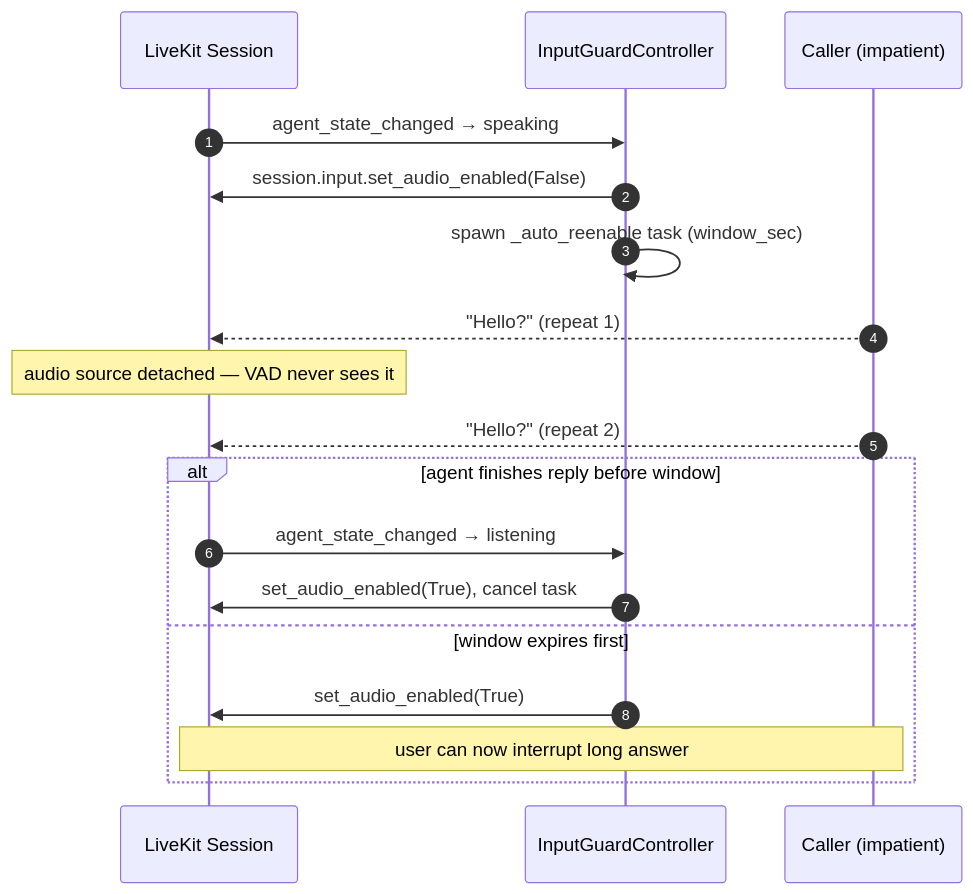
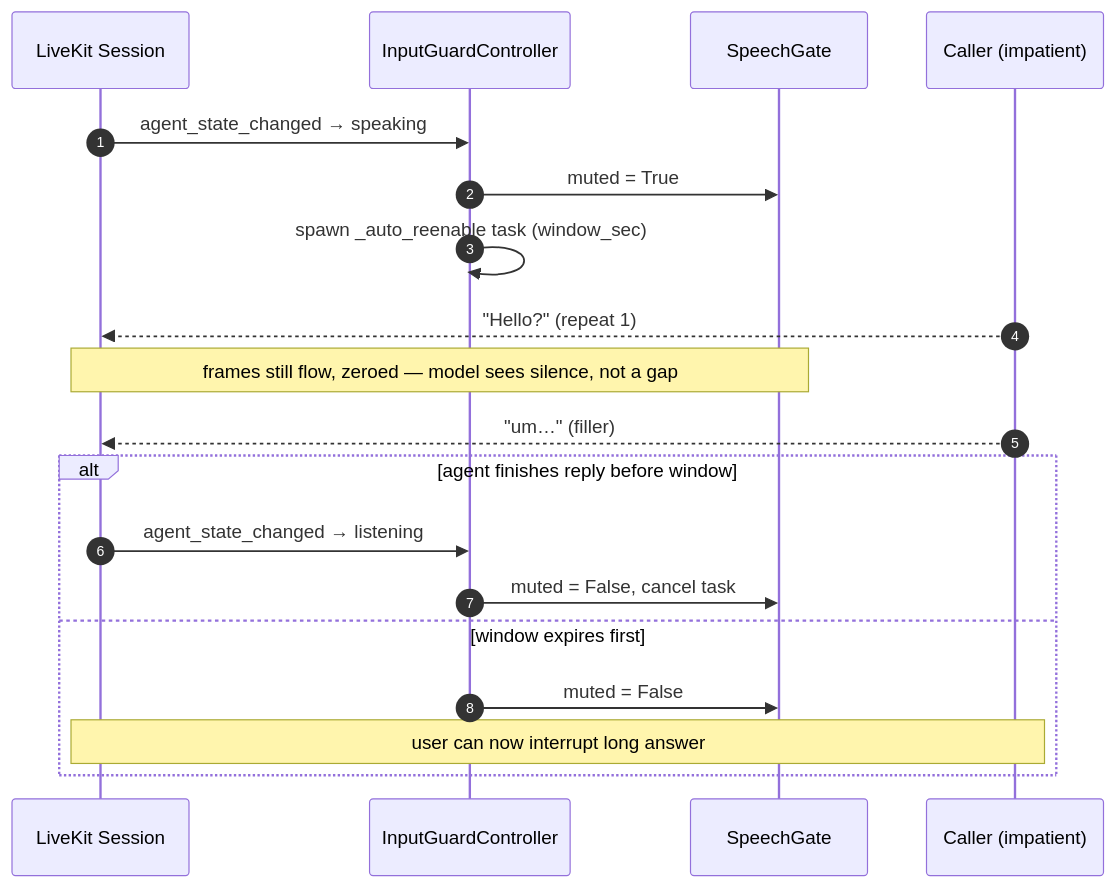
One commit to ShubhamX-AI/api_livekit changed the second of 2 diagrams in docs/architecture/audio-pipeline.md. Above: the diagram before and after it, drawn with Mermaid. The commit also changed other lines of this file and 5 other files, not shown here.

Commit message:
feat: add input guard window and noise rejection features to assistant configuration

````diff
--- a/docs/architecture/audio-pipeline.md
+++ b/docs/architecture/audio-pipeline.md
@@ -224,21 +224,22 @@
 ```mermaid
 sequenceDiagram
     autonumber
     participant LK as LiveKit Session
     participant Guard as InputGuardController
+    participant Gate as SpeechGate
     participant User as Caller (impatient)
 
     LK->>Guard: agent_state_changed → speaking
-    Guard->>LK: session.input.set_audio_enabled(False)
+    Guard->>Gate: muted = True
     Guard->>Guard: spawn _auto_reenable task (window_sec)
     User-->>LK: "Hello?" (repeat 1)
-    Note over LK: audio source detached — VAD never sees it
-    User-->>LK: "Hello?" (repeat 2)
+    Note over LK,Gate: frames still flow, zeroed — model sees silence, not a gap
+    User-->>LK: "um…" (filler)
     alt agent finishes reply before window
         LK->>Guard: agent_state_changed → listening
-        Guard->>LK: set_audio_enabled(True), cancel task
+        Guard->>Gate: muted = False, cancel task
     else window expires first
-        Guard->>LK: set_audio_enabled(True)
+        Guard->>Gate: muted = False
         Note over LK,User: user can now interrupt long answer
     end
 ```
````
